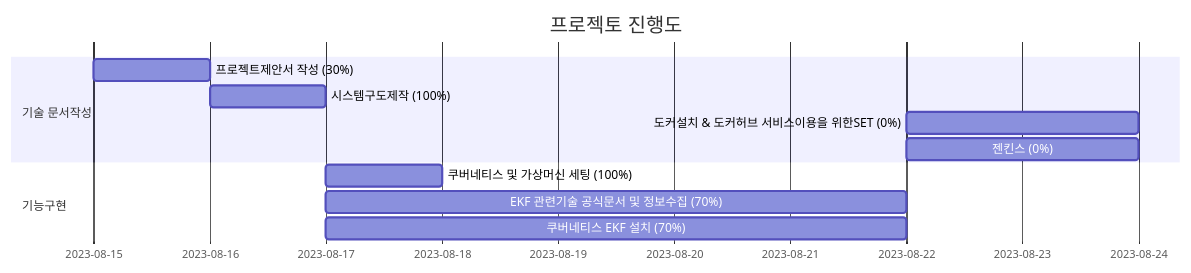
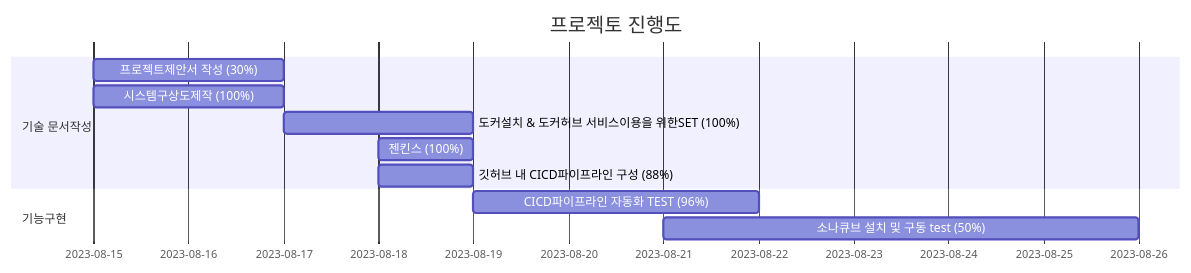
One commit to SEOMW/project changed the diagram in README.md. Above: the diagram before and after it, drawn with Mermaid.

````diff
--- a/README.md
+++ b/README.md
@@ -4,15 +4,15 @@
 ```mermaid
 gantt
     title 프로젝토 진행도
     dateFormat  YYYY-MM-DD
     section 기술 문서작성
-    프로젝트제안서 작성 (30%) : a1, 2023-8-15, 1d
-    시스템구도제작 (100%) : 2023-8-16, 1d
-    도커설치 & 도커허브 서비스이용을 위한SET (0%) : 2023-8-22, 2d
-    젠킨스 (0%) : 2023-8-22, 2d
+    프로젝트제안서 작성 (30%) : a1, 2023-8-15, 2d
+    시스템구상도제작 (100%) : 2023-8-15, 2d
+    도커설치 & 도커허브 서비스이용을 위한SET (100%) : 2023-8-17, 2d
+    젠킨스 (100%) : 2023-8-18, 1d
+    깃허브 내 CICD파이프라인 구성 (88%) : 2023-8-18, 1d
 
     section 기능구현
-    쿠버네티스 및 가상머신 세팅 (100%) : 2023-8-17,  1d
-    EKF 관련기술 공식문서 및 정보수집 (70%) : 2023-8-17  , 5d
-    쿠버네티스 EKF 설치 (70%) : 2023-8-17  , 5d
+    CICD파이프라인 자동화 TEST (96%) : 2023-8-19,  3d
+    소나큐브 설치 및 구동 test (50%) : 2023-8-21  , 5d
 ```
````
